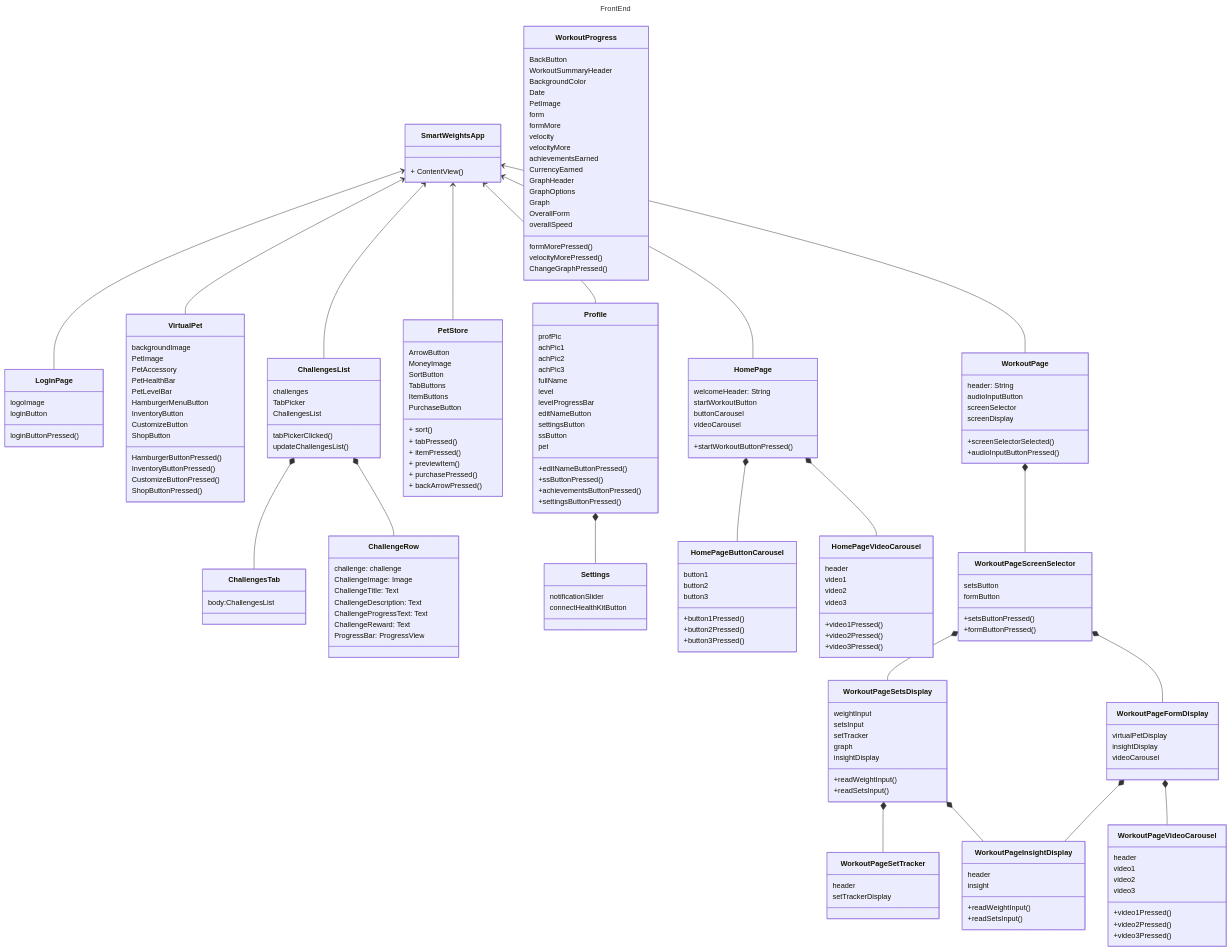
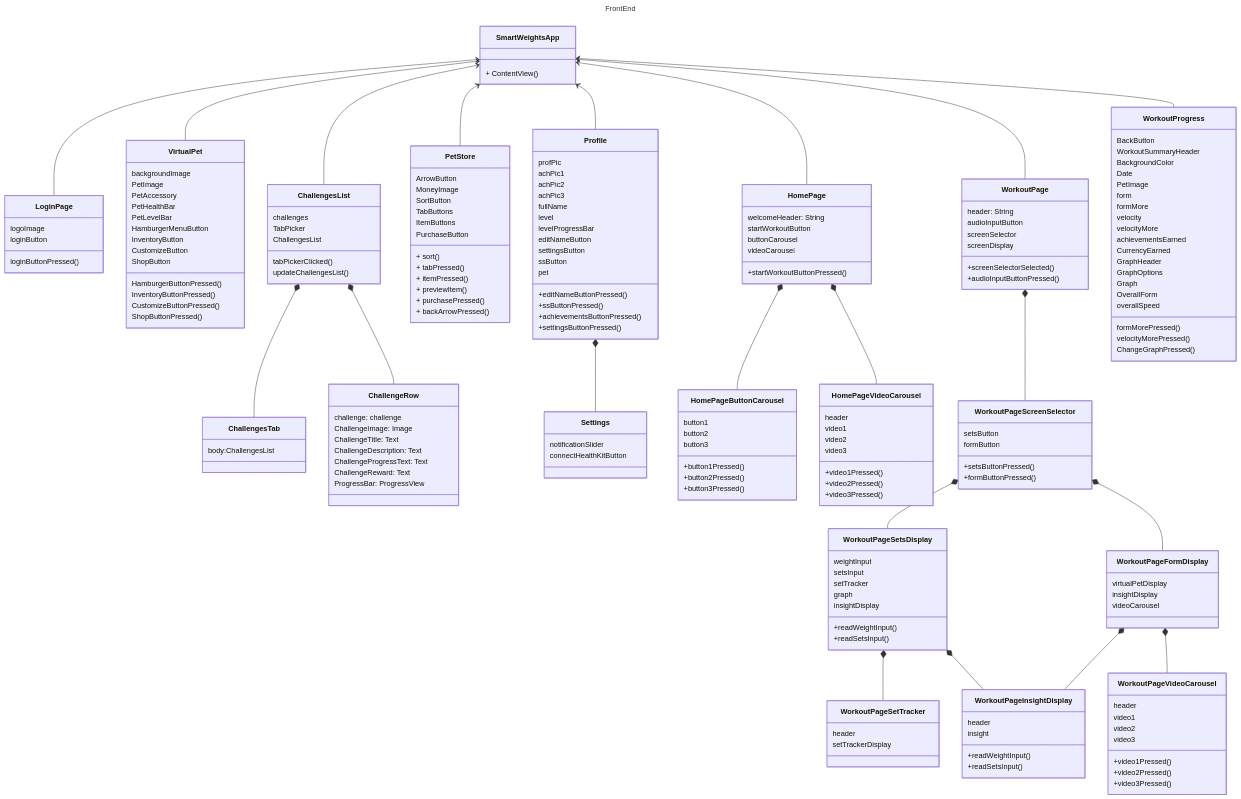
One commit to Capstone-Projects-2024-Spring/project-smartweights changed the first of 2 diagrams in documentation/docs/system-architecture/class-diagram.md. Above: the diagram before and after it, drawn with Mermaid.

```diff
--- a/documentation/docs/system-architecture/class-diagram.md
+++ b/documentation/docs/system-architecture/class-diagram.md
@@ -197,8 +197,8 @@
     SmartWeightsApp <-- ChallengesList
     SmartWeightsApp <-- PetStore
     SmartWeightsApp <-- HomePage
+    SmartWeightsApp <-- WorkoutProgress
     SmartWeightsApp <-- WorkoutPage
-     
     SmartWeightsApp <-- LoginPage
    
 
```
